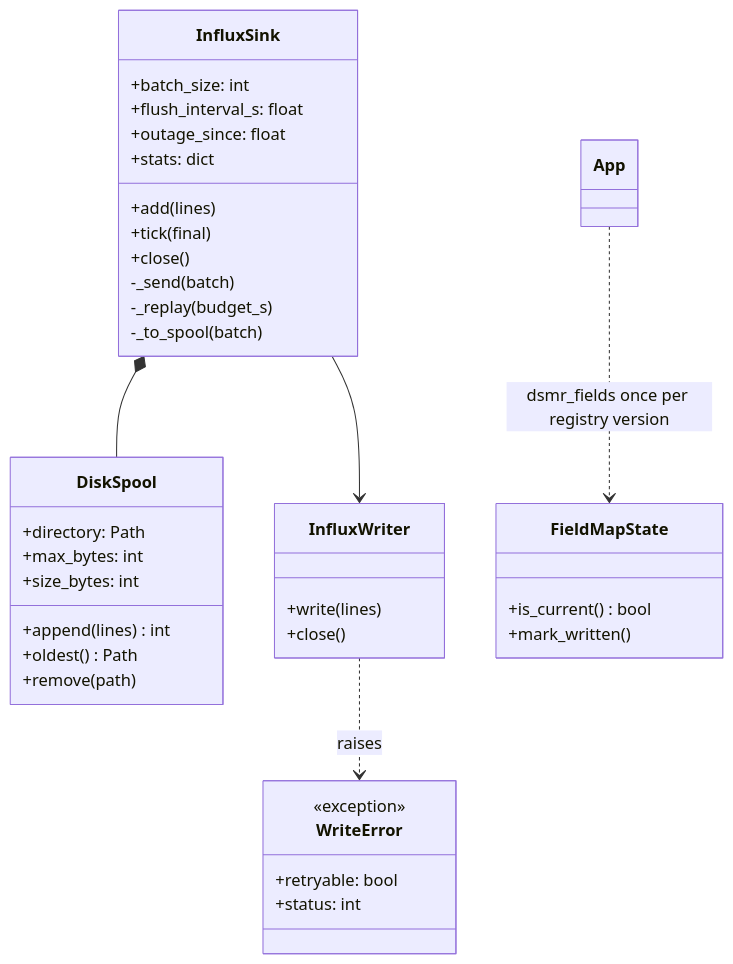
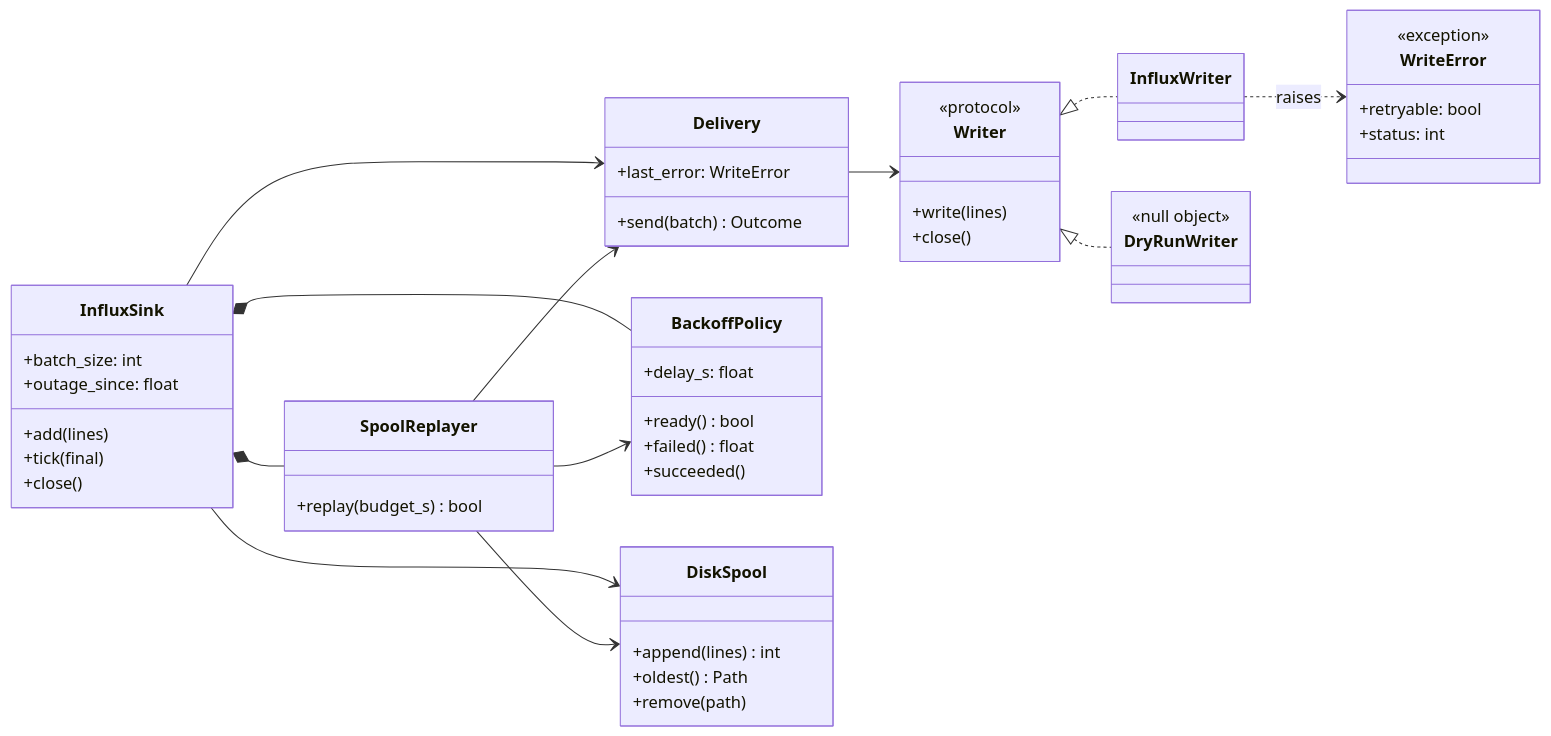
The fifth of 6 diagrams in doc/class-diagram.md (AvansETI/emon2influx-parser), drawn with Mermaid before and after one commit. The commit also changed other lines of this file and 36 other files, not shown here.

````diff
--- a/doc/class-diagram.md
+++ b/doc/class-diagram.md
@@ -261,41 +257,55 @@
 ```mermaid
 classDiagram
+    direction LR
     class InfluxSink {
         +batch_size: int
-        +flush_interval_s: float
         +outage_since: float
-        +stats: dict
         +add(lines)
         +tick(final)
         +close()
-        -_send(batch)
-        -_replay(budget_s)
-        -_to_spool(batch)
+    }
+    class Delivery {
+        +last_error: WriteError
+        +send(batch) Outcome
+    }
+    class Writer {
+        <<protocol>>
+        +write(lines)
+        +close()
+    }
+    class InfluxWriter
+    class DryRunWriter {
+        <<null object>>
+    }
+    class BackoffPolicy {
+        +delay_s: float
+        +ready() bool
+        +failed() float
+        +succeeded()
+    }
+    class SpoolReplayer {
+        +replay(budget_s) bool
     }
     class DiskSpool {
-        +directory: Path
-        +max_bytes: int
-        +size_bytes: int
         +append(lines) int
         +oldest() Path
         +remove(path)
     }
     class WriteError {
         <<exception>>
         +retryable: bool
         +status: int
     }
-    class InfluxWriter {
-        +write(lines)
-        +close()
-    }
-    class FieldMapState {
-        +is_current() bool
-        +mark_written()
-    }
 
-    InfluxSink *-- DiskSpool
-    InfluxSink --> InfluxWriter
+    InfluxSink --> Delivery
+    InfluxSink *-- BackoffPolicy
+    InfluxSink *-- SpoolReplayer
+    InfluxSink --> DiskSpool
+    SpoolReplayer --> DiskSpool
+    SpoolReplayer --> Delivery
+    SpoolReplayer --> BackoffPolicy
+    Delivery --> Writer
+    Writer <|.. InfluxWriter
+    Writer <|.. DryRunWriter
     InfluxWriter ..> WriteError : raises
-    App ..> FieldMapState : dsmr_fields once per registry version
 ```
````
